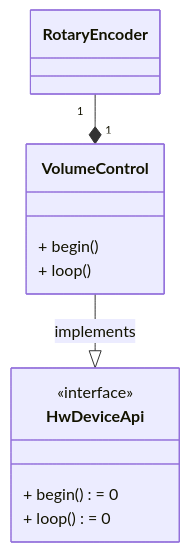
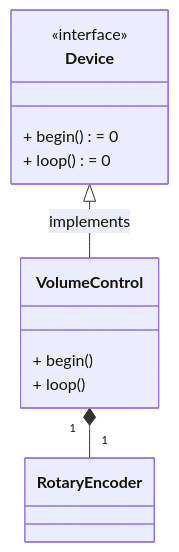
One commit to aserebryakov/arduino-cpp-components-library changed the fourth of 4 diagrams in README.md. Above: the diagram before and after it, drawn with Mermaid. The commit also changed other lines of this file, not shown here.

Commit message:
Documentation: Updates diagrams to be properly oriented and correspond namings in the code

````diff
--- a/README.md
+++ b/README.md
@@ -133,16 +135,18 @@
 ```mermaid
 classDiagram
-    class HwDeviceApi {
+    direction BT
+    
+    class Device {
         <<interface>>
         + begin() = 0
         + loop() = 0
     }
     
     class VolumeControl {
         + begin()
         + loop()
     }
     
-    VolumeControl --|> HwDeviceApi : implements
+    VolumeControl --|> Device : implements
     RotaryEncoder "1" --* "1" VolumeControl
 ```
````
